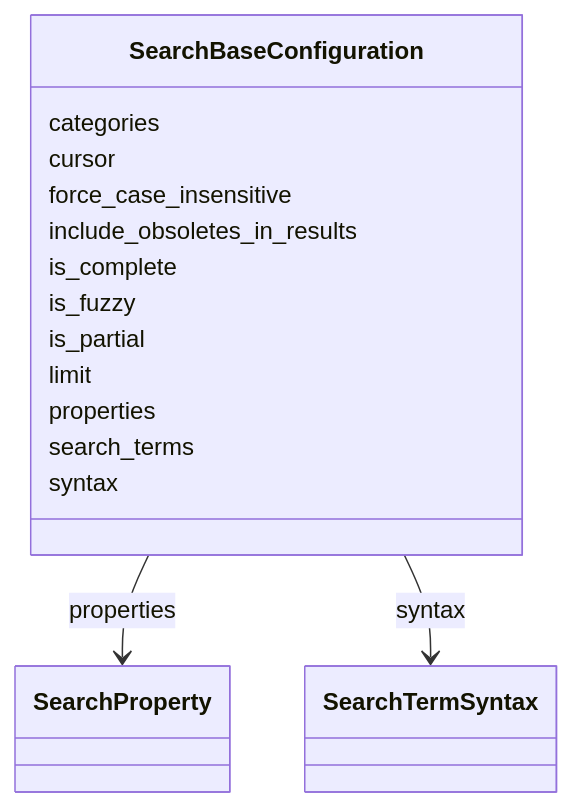
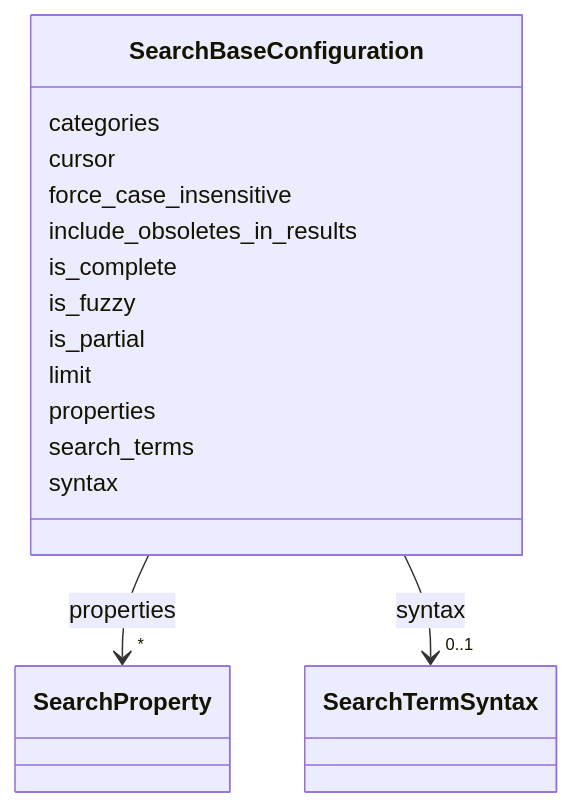
The diagram in search/SearchBaseConfiguration.md (INCATools/ontology-access-kit), drawn with Mermaid before and after one commit. The commit also changed other lines of this file and 3329 other files, not shown here.

````diff
--- a/search/SearchBaseConfiguration.md
+++ b/search/SearchBaseConfiguration.md
@@ -17,31 +19,42 @@
 ```{mermaid}
  classDiagram
     class SearchBaseConfiguration
+    click SearchBaseConfiguration href "../SearchBaseConfiguration"
       SearchBaseConfiguration : categories
         
       SearchBaseConfiguration : cursor
         
       SearchBaseConfiguration : force_case_insensitive
         
       SearchBaseConfiguration : include_obsoletes_in_results
         
       SearchBaseConfiguration : is_complete
         
       SearchBaseConfiguration : is_fuzzy
         
       SearchBaseConfiguration : is_partial
         
       SearchBaseConfiguration : limit
         
       SearchBaseConfiguration : properties
         
-          SearchBaseConfiguration --> SearchProperty : properties
+          
+    
+    
+    SearchBaseConfiguration --> "*" SearchProperty : properties
+    click SearchProperty href "../SearchProperty"
+
         
       SearchBaseConfiguration : search_terms
         
       SearchBaseConfiguration : syntax
         
-          SearchBaseConfiguration --> SearchTermSyntax : syntax
+          
+    
+    
+    SearchBaseConfiguration --> "0..1" SearchTermSyntax : syntax
+    click SearchTermSyntax href "../SearchTermSyntax"
+
         
       
 ```
````
